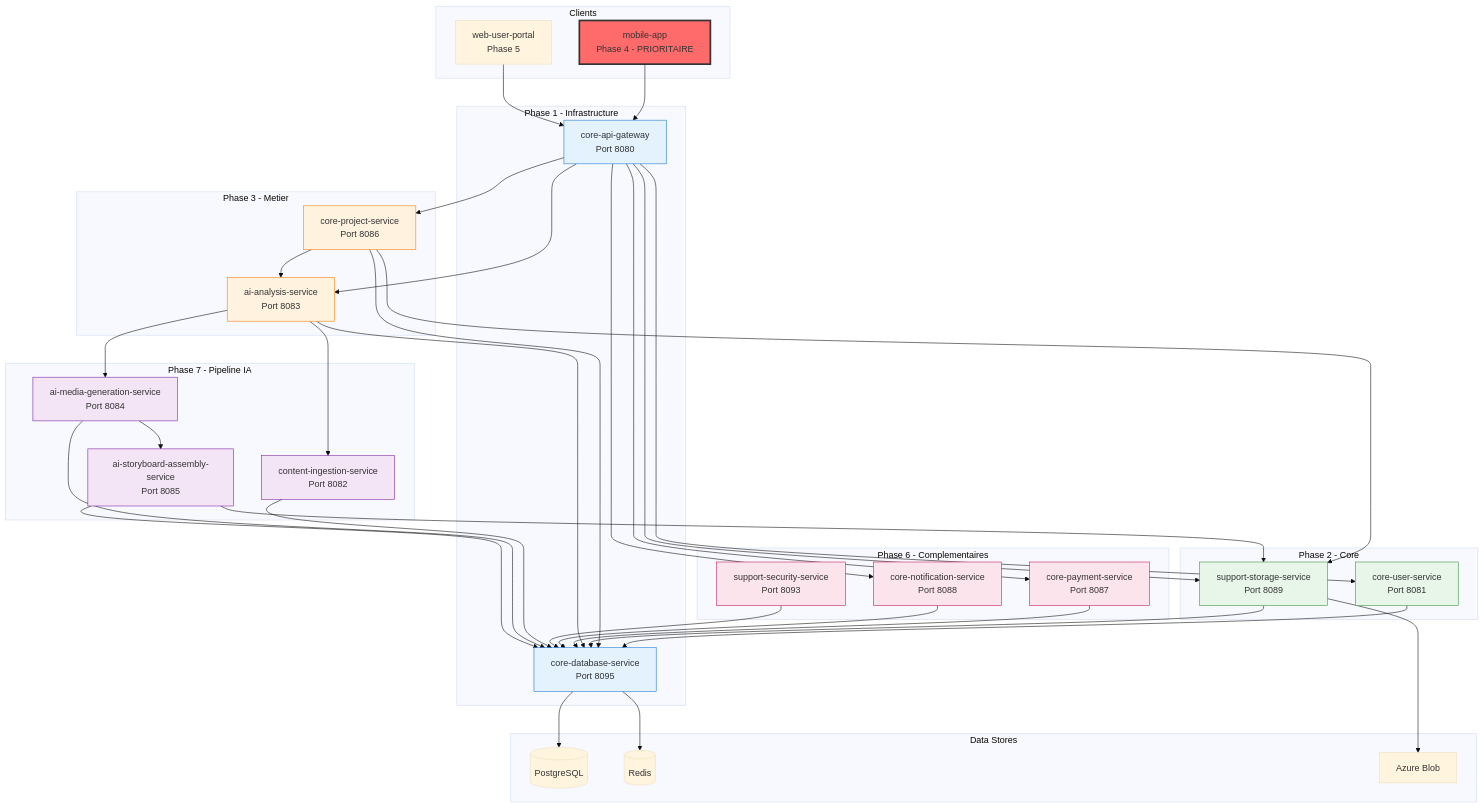
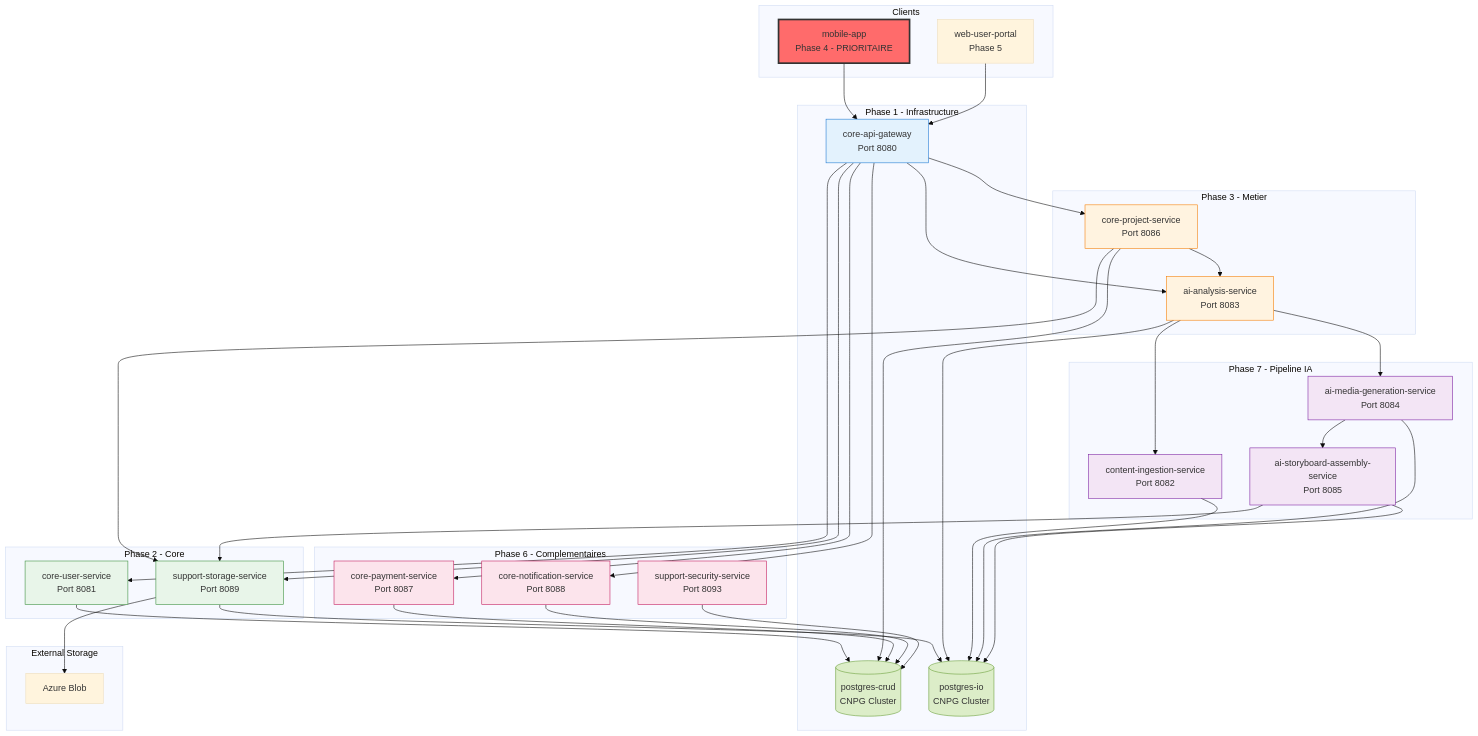
One commit to VisioBook-ESP/docs-architecture changed the first of 2 diagrams in microservices/00-overview.md. Above: the diagram before and after it, drawn with Mermaid (base theme). The commit also changed other lines of this file and 15 other files, not shown here.

```diff
--- a/microservices/00-overview.md
+++ b/microservices/00-overview.md
@@ -34,7 +34,8 @@
 
     subgraph "Phase 1 - Infrastructure"
         GW[core-api-gateway<br/>Port 8080]
-        DB[core-database-service<br/>Port 8095]
+        PGCRUD[(postgres-crud<br/>CNPG Cluster)]
+        PGIO[(postgres-io<br/>CNPG Cluster)]
     end
 
     subgraph "Phase 2 - Core"
@@ -59,9 +60,7 @@
         ASSEMBLY[ai-storyboard-assembly-service<br/>Port 8085]
     end
 
-    subgraph "Data Stores"
-        PG[(PostgreSQL)]
-        REDIS[(Redis)]
+    subgraph "External Storage"
         BLOB[Azure Blob]
     end
 
@@ -75,19 +74,17 @@
     GW --> PAY
     GW --> NOTIF
 
-    USER --> DB
-    PROJECT --> DB
-    STORAGE --> DB
-    AI --> DB
-    PAY --> DB
-    NOTIF --> DB
-    SEC --> DB
-    INGEST --> DB
-    MEDIA --> DB
-    ASSEMBLY --> DB
+    USER --> PGCRUD
+    PROJECT --> PGCRUD
+    STORAGE --> PGIO
+    AI --> PGIO
+    INGEST --> PGIO
+    PAY --> PGCRUD
+    NOTIF --> PGCRUD
+    SEC --> PGCRUD
+    MEDIA --> PGIO
+    ASSEMBLY --> PGIO
 
-    DB --> PG
-    DB --> REDIS
     STORAGE --> BLOB
 
     PROJECT --> AI
@@ -103,9 +100,11 @@
     classDef phase3 fill:#fff3e0,stroke:#f57c00
     classDef phase6 fill:#fce4ec,stroke:#c2185b
     classDef phase7 fill:#f3e5f5,stroke:#7b1fa2
+    classDef db fill:#dcedc8,stroke:#689f38
 
     class MOBILE priority
-    class GW,DB phase1
+    class GW phase1
+    class PGCRUD,PGIO db
     class USER,STORAGE phase2
     class PROJECT,AI phase3
     class PAY,NOTIF,SEC phase6
```
